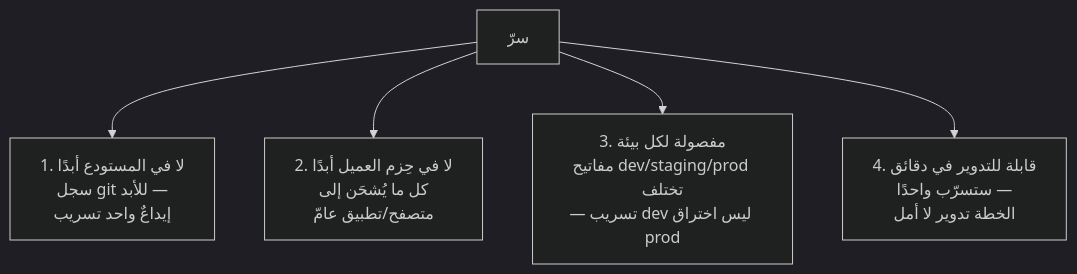
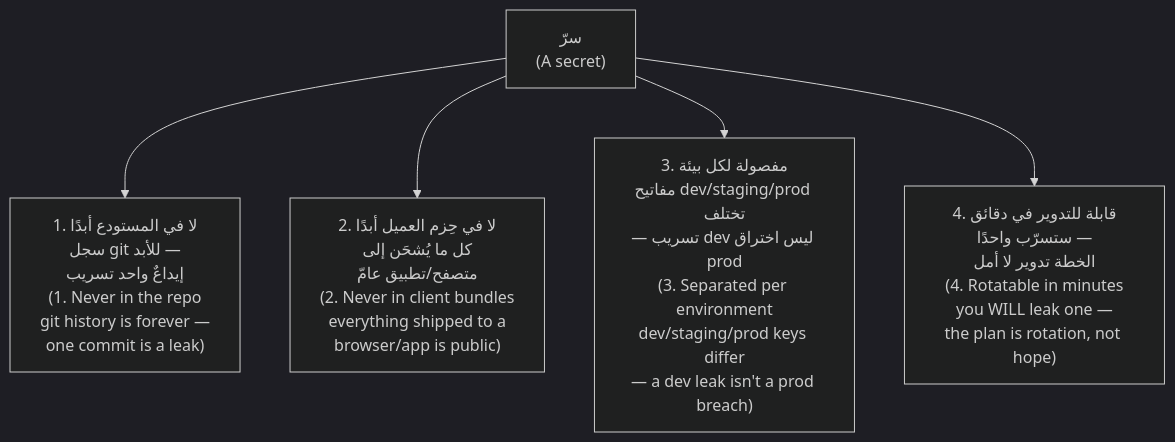
Before and after one commit to Tamoura/system-design-for-vibe-coders: the seventh of 7 diagrams in modules/05-users-abuse/module.ar.md, drawn with Mermaid (dark theme). The commit also changed other lines of this file and 62 other files, not shown here.

First line of the commit message:
Arabic editions: English on every diagram label, RTL fixes, rebuild

````diff
--- a/modules/05-users-abuse/module.ar.md
+++ b/modules/05-users-abuse/module.ar.md
@@ -931,7 +931,7 @@
 ```mermaid
 flowchart TD
-    S["سرّ"] --> L1["1. لا في المستودع أبدًا<br/>سجل git للأبد —<br/>إيداعٌ واحد تسريب"]
-    S --> L2["2. لا في حِزم العميل أبدًا<br/>كل ما يُشحَن إلى<br/>متصفح/تطبيق عامّ"]
-    S --> L3["3. مفصولة لكل بيئة<br/>مفاتيح dev/staging/prod تختلف<br/>— تسريب dev ليس اختراق prod"]
-    S --> L4["4. قابلة للتدوير في دقائق<br/>ستسرّب واحدًا —<br/>الخطة تدوير لا أمل"]
+    S["سرّ<br/>(A secret)"] --> L1["1. لا في المستودع أبدًا<br/>سجل git للأبد —<br/>إيداعٌ واحد تسريب<br/>(1. Never in the repo<br/>git history is forever —<br/>one commit is a leak)"]
+    S --> L2["2. لا في حِزم العميل أبدًا<br/>كل ما يُشحَن إلى<br/>متصفح/تطبيق عامّ<br/>(2. Never in client bundles<br/>everything shipped to a<br/>browser/app is public)"]
+    S --> L3["3. مفصولة لكل بيئة<br/>مفاتيح dev/staging/prod تختلف<br/>— تسريب dev ليس اختراق prod<br/>(3. Separated per environment<br/>dev/staging/prod keys differ<br/>— a dev leak isn't a prod breach)"]
+    S --> L4["4. قابلة للتدوير في دقائق<br/>ستسرّب واحدًا —<br/>الخطة تدوير لا أمل<br/>(4. Rotatable in minutes<br/>you WILL leak one —<br/>the plan is rotation, not hope)"]
 ```
````
